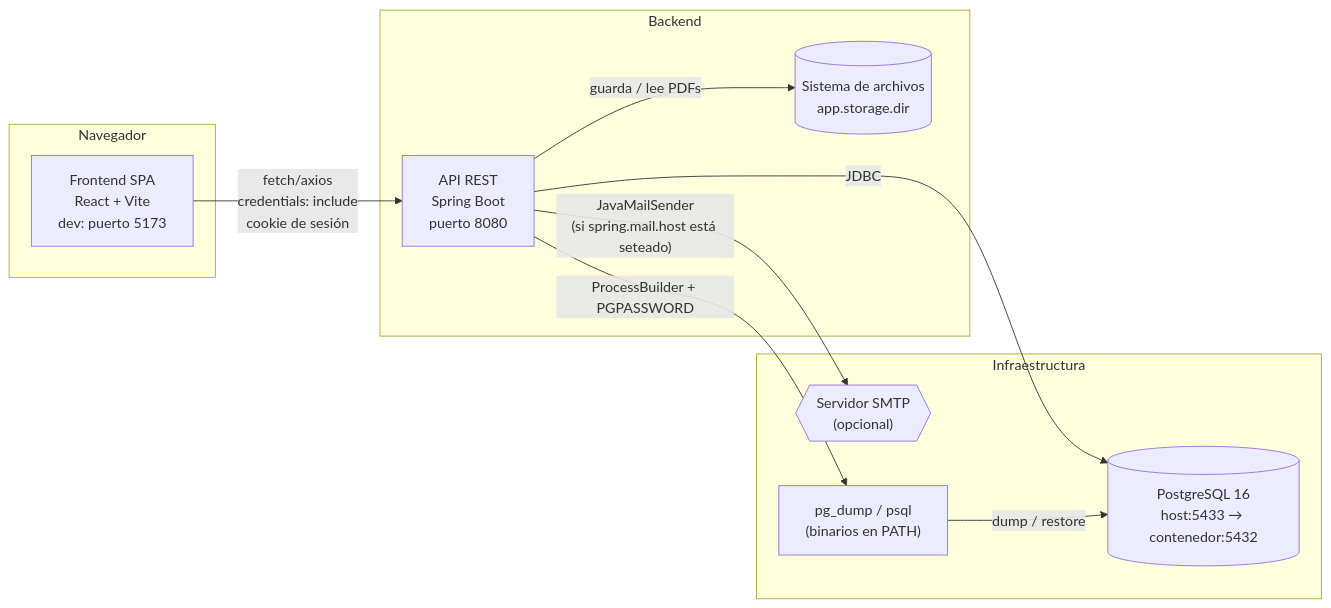
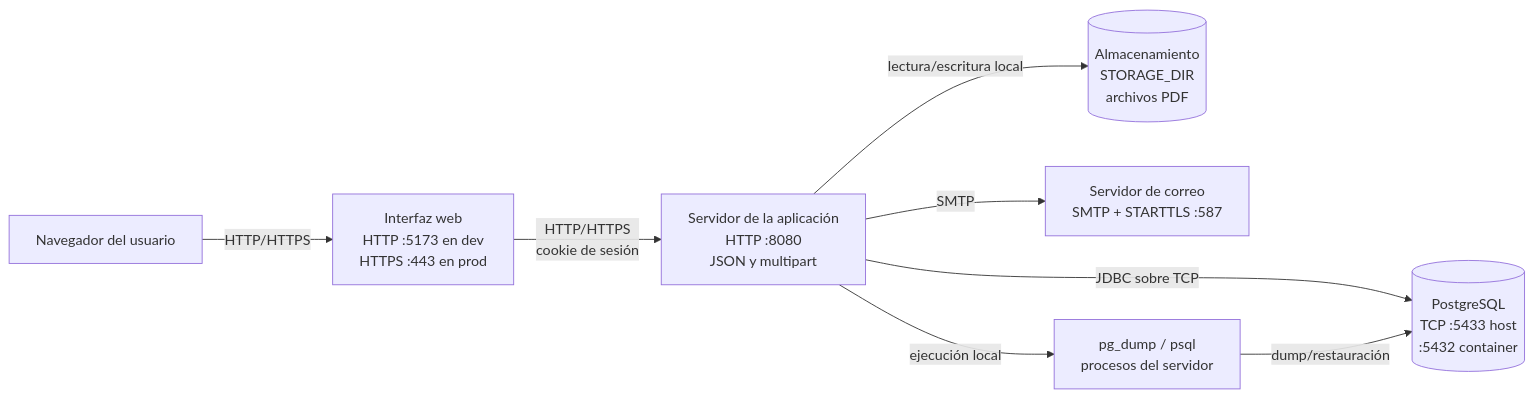
Before and after one commit to gonza2323/digesto-ecmz: the diagram in README.md, drawn with Mermaid. The commit also changed other lines of this file, not shown here.

````diff
--- a/README.md
+++ b/README.md
@@ -59,24 +17,17 @@
 ```mermaid
 flowchart LR
-    subgraph Cliente["Navegador"]
-        SPA["Frontend SPA<br/>React + Vite<br/>dev: puerto 5173"]
-    end
-
-    subgraph Servidor["Backend"]
-        API["API REST<br/>Spring Boot<br/>puerto 8080"]
-        FS[("Sistema de archivos<br/>app.storage.dir")]
-    end
-
-    subgraph Infra["Infraestructura"]
-        DB[("PostgreSQL 16<br/>host:5433 → contenedor:5432")]
-        SMTP{{"Servidor SMTP<br/>(opcional)"}}
-        BIN["pg_dump / psql<br/>(binarios en PATH)"]
-    end
-
-    SPA -- "fetch/axios<br/>credentials: include<br/>cookie de sesión" --> API
-    API -- "JDBC" --> DB
-    API -- "JavaMailSender<br/>(si spring.mail.host está seteado)" --> SMTP
-    API -- "guarda / lee PDFs" --> FS
-    API -- "ProcessBuilder + PGPASSWORD" --> BIN
-    BIN -- "dump / restore" --> DB
+  Usuario["Navegador del usuario"]
+  Web["Interfaz web<br/>HTTP :5173 en dev<br/>HTTPS :443 en prod"]
+  API["Servidor de la aplicación<br/>HTTP :8080<br/>JSON y multipart"]
+  DB[("PostgreSQL<br/>TCP :5433 host<br/>:5432 container")]
+  Storage[("Almacenamiento<br/>STORAGE_DIR<br/>archivos PDF")]
+  SMTP["Servidor de correo<br/>SMTP + STARTTLS :587"]
+  Tools["pg_dump / psql<br/>procesos del servidor"]
+  Usuario -->|HTTP/HTTPS| Web
+  Web -->|HTTP/HTTPS<br/>cookie de sesión| API
+  API -->|JDBC sobre TCP| DB
+  API -->|lectura/escritura local| Storage
+  API -->|SMTP| SMTP
+  API -->|ejecución local| Tools
+  Tools -->|dump/restauración| DB
 ```
````
